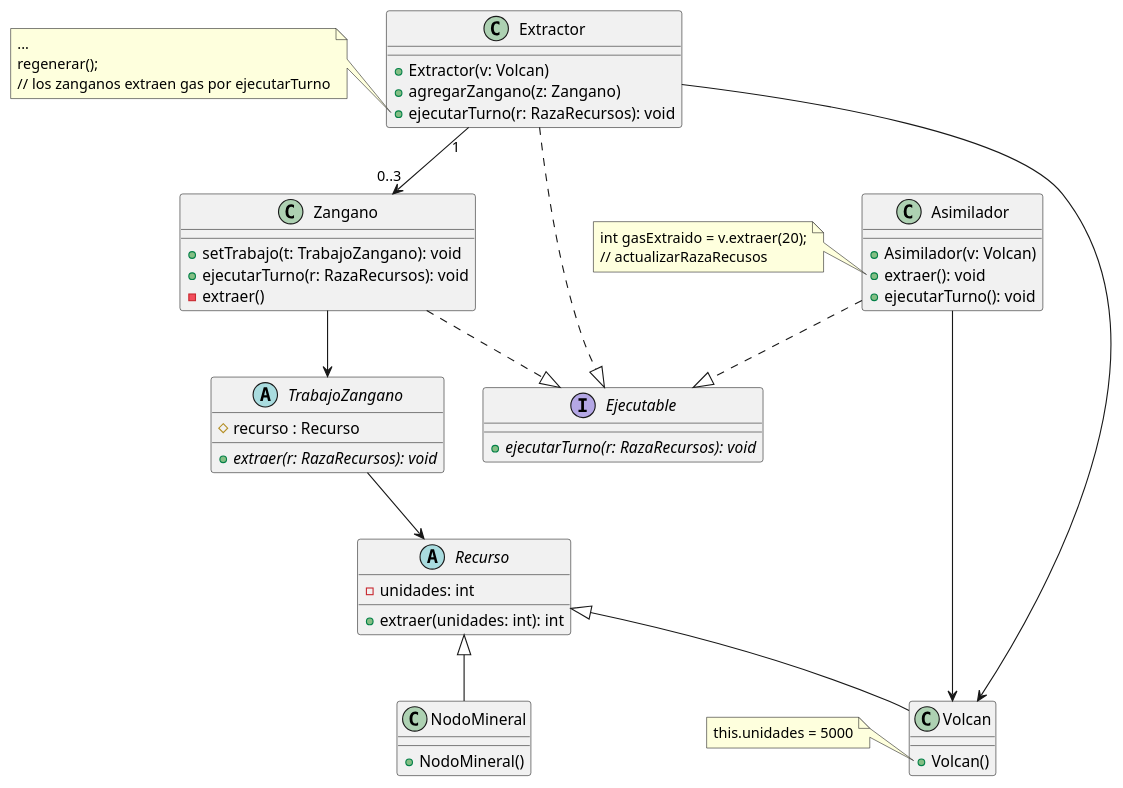
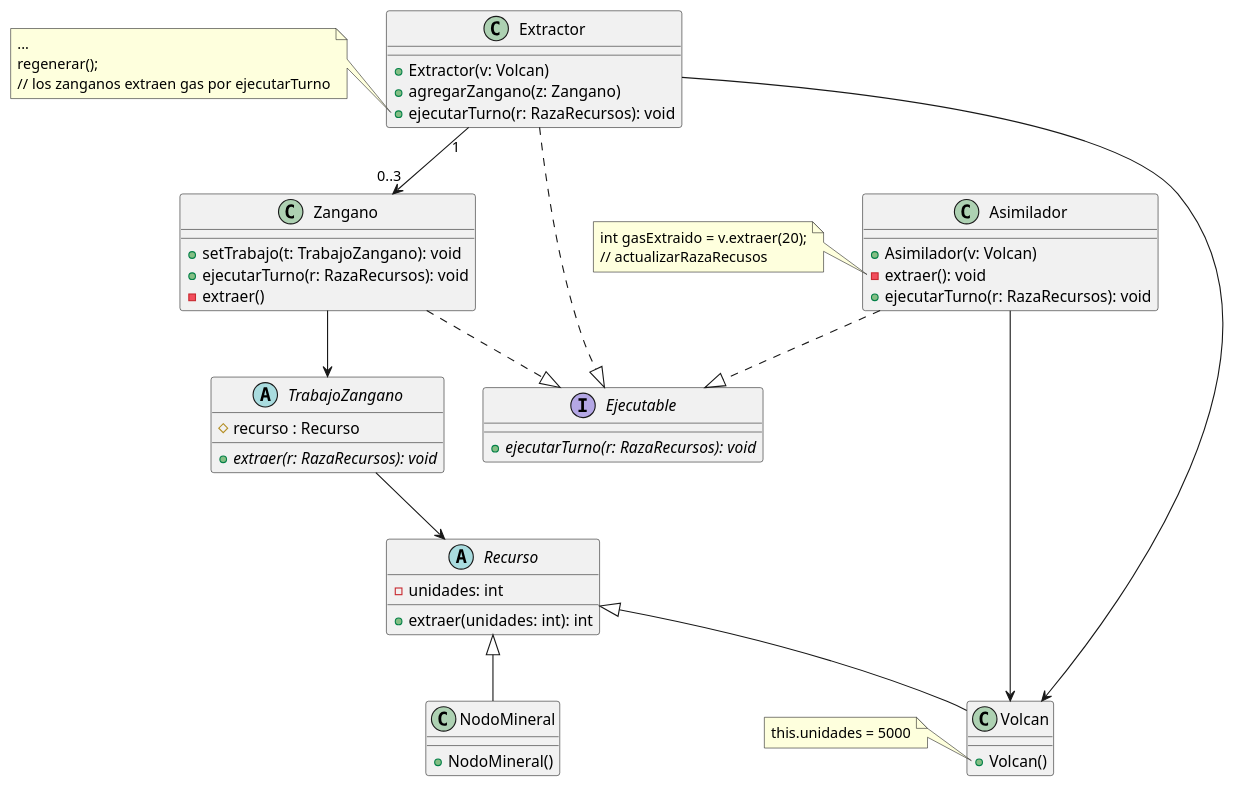
Before and after one commit to nicolasgirardi/algo3_TP2_AlgoStar: the diagram in diagrams/classes/DiagramaClasesExtraccionGas.puml, drawn with PlantUML. The commit also changed 16 other files, not shown here.

```diff
--- a/diagrams/classes/DiagramaClasesExtraccionGas.puml
+++ b/diagrams/classes/DiagramaClasesExtraccionGas.puml
@@ -1,89 +1,89 @@
 @startuml
 
 
 interface Ejecutable {
    + {abstract} ejecutarTurno(r: RazaRecursos): void
 }
 
 
 class Extractor{
    + Extractor(v: Volcan)
    + agregarZangano(z: Zangano)
    + ejecutarTurno(r: RazaRecursos): void
 }
 
 note left of Extractor::ejecutarTurno
    ...
    regenerar();
    // los zanganos extraen gas por ejecutarTurno
 end note
 
 
 
 
 class Zangano {
    + setTrabajo(t: TrabajoZangano): void
    + ejecutarTurno(r: RazaRecursos): void
    - extraer()
 }
 
 
 abstract class TrabajoZangano {
    # recurso : Recurso
    + {abstract} extraer(r: RazaRecursos): void
 }
 
 
 
 class Asimilador{
    + Asimilador(v: Volcan)
-   + extraer(): void
-   + ejecutarTurno(): void
+   - extraer(): void
+   + ejecutarTurno(r: RazaRecursos): void
 }
 note left of Asimilador::extraer
   int gasExtraido = v.extraer(20);
   // actualizarRazaRecusos
 end note
 
 abstract class Recurso {
    - unidades: int
    +extraer(unidades: int): int
 }
 
 class NodoMineral {
    + NodoMineral()
 }
 
 class Volcan{
    + Volcan()
 }
 note left of Volcan::Volcan
    this.unidades = 5000
 end note
 
 
 
 
 
 
 
 Recurso <|-- Volcan
 Recurso <|-- NodoMineral
 
 Extractor ..|> Ejecutable
 Extractor "1"-->"0..3" Zangano
 
 
 
 
 Asimilador ..|> Ejecutable
 Asimilador --> Volcan
 
 Extractor --> Volcan
 
 Zangano --> TrabajoZangano
 Zangano ..|> Ejecutable
 
 
 TrabajoZangano --> Recurso
 @enduml
```
